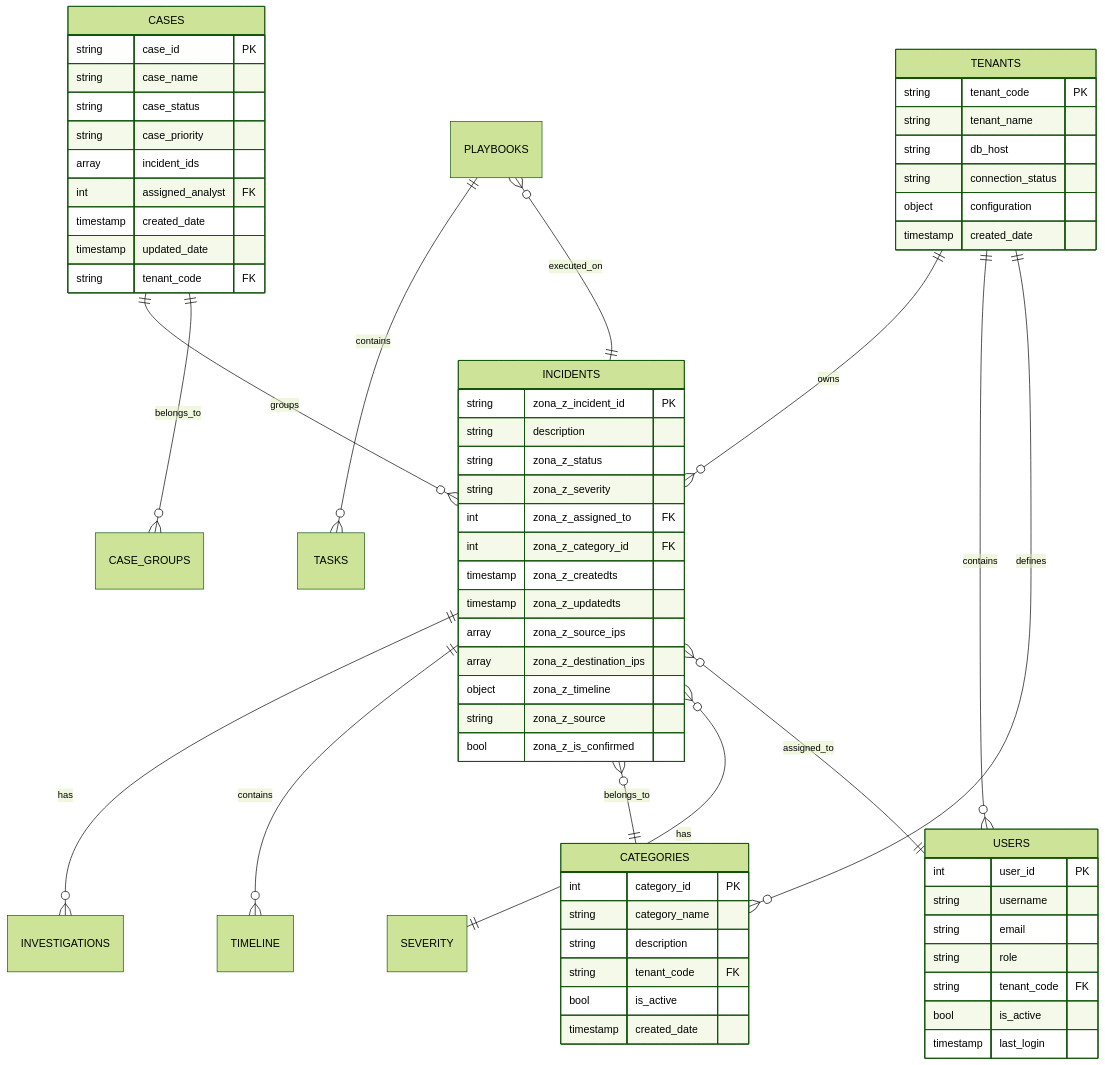
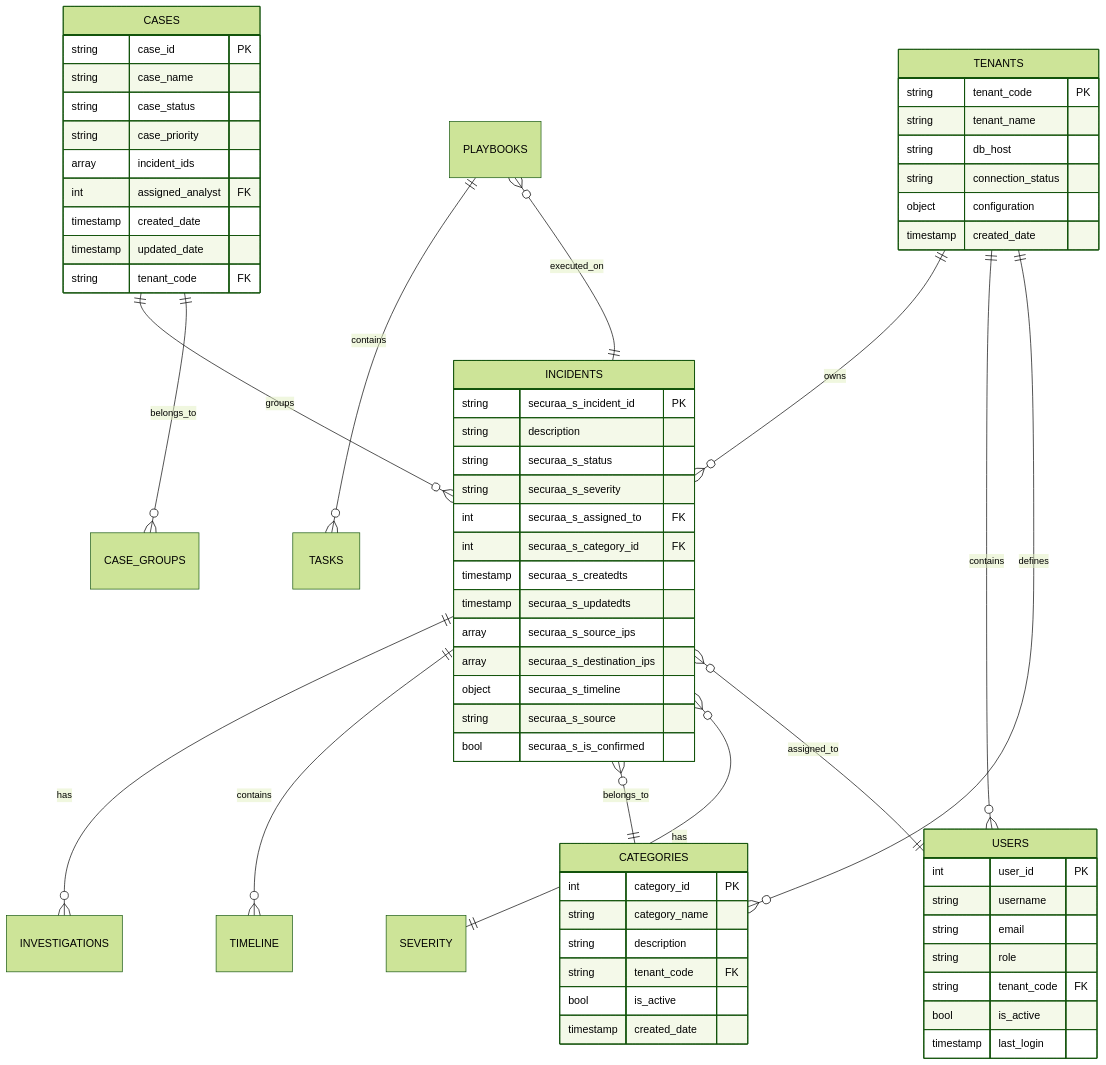
One commit to Vishwa0220/securaa-internal-documents changed the fourth of 10 diagrams in ZONA_SIEM_HIGH_LEVEL_DESIGN.md. Above: the diagram before and after it, drawn with Mermaid (forest theme). The commit also changed other lines of this file, not shown here.

Commit message:
Update ZONA_SIEM_HIGH_LEVEL_DESIGN.md: replace zona with securaa and reduce code block spacing

````diff
--- a/ZONA_SIEM_HIGH_LEVEL_DESIGN.md
+++ b/ZONA_SIEM_HIGH_LEVEL_DESIGN.md
@@ -241,74 +224,74 @@
 ```mermaid
 erDiagram
     INCIDENTS ||--o{ INVESTIGATIONS : has
     INCIDENTS ||--o{ TIMELINE : contains
     INCIDENTS }o--|| CATEGORIES : belongs_to
     INCIDENTS }o--|| SEVERITY : has
     INCIDENTS }o--|| USERS : assigned_to
     
     CASES ||--o{ INCIDENTS : groups
     CASES ||--o{ CASE_GROUPS : belongs_to
     
     TENANTS ||--o{ INCIDENTS : owns
     TENANTS ||--o{ USERS : contains
     TENANTS ||--o{ CATEGORIES : defines
     
     PLAYBOOKS ||--o{ TASKS : contains
     PLAYBOOKS }o--|| INCIDENTS : executed_on
     
     INCIDENTS {
-        string zona_z_incident_id PK
+        string securaa_s_incident_id PK
         string description
-        string zona_z_status
-        string zona_z_severity
-        int zona_z_assigned_to FK
-        int zona_z_category_id FK
-        timestamp zona_z_createdts
-        timestamp zona_z_updatedts
-        array zona_z_source_ips
-        array zona_z_destination_ips
-        object zona_z_timeline
-        string zona_z_source
-        bool zona_z_is_confirmed
+        string securaa_s_status
+        string securaa_s_severity
+        int securaa_s_assigned_to FK
+        int securaa_s_category_id FK
+        timestamp securaa_s_createdts
+        timestamp securaa_s_updatedts
+        array securaa_s_source_ips
+        array securaa_s_destination_ips
+        object securaa_s_timeline
+        string securaa_s_source
+        bool securaa_s_is_confirmed
     }
     
     CASES {
         string case_id PK
         string case_name
         string case_status
         string case_priority
         array incident_ids
         int assigned_analyst FK
         timestamp created_date
         timestamp updated_date
         string tenant_code FK
     }
     
     CATEGORIES {
         int category_id PK
         string category_name
         string description
         string tenant_code FK
         bool is_active
         timestamp created_date
     }
     
     USERS {
         int user_id PK
         string username
         string email
         string role
         string tenant_code FK
         bool is_active
         timestamp last_login
     }
     
     TENANTS {
         string tenant_code PK
         string tenant_name
         string db_host
         string connection_status
         object configuration
         timestamp created_date
     }
 ```
````
